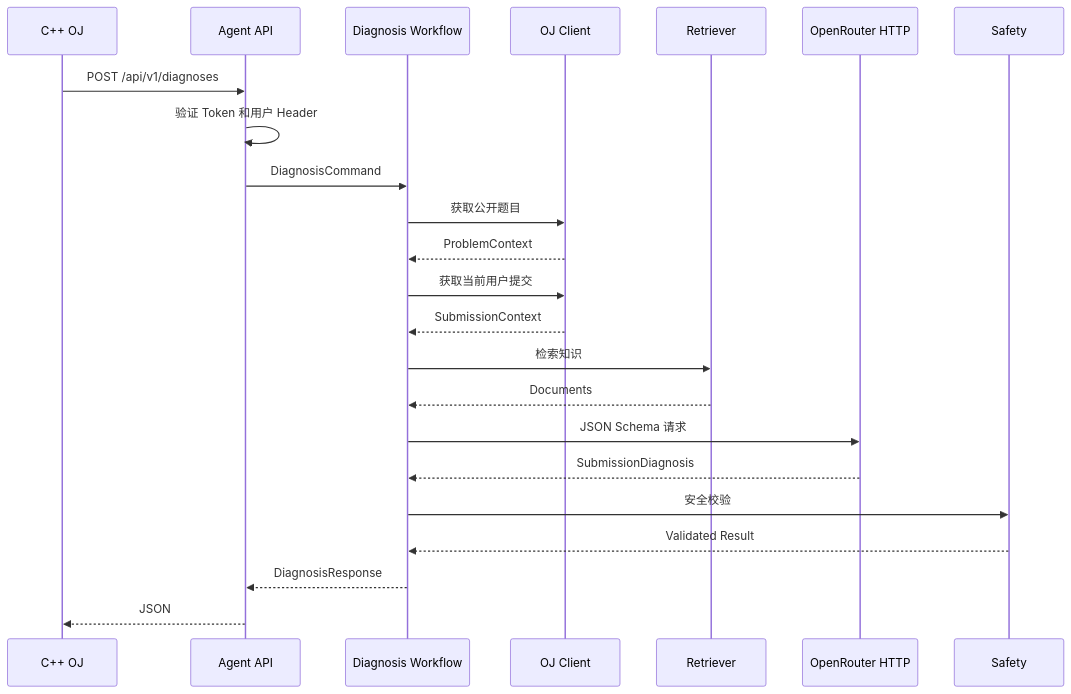
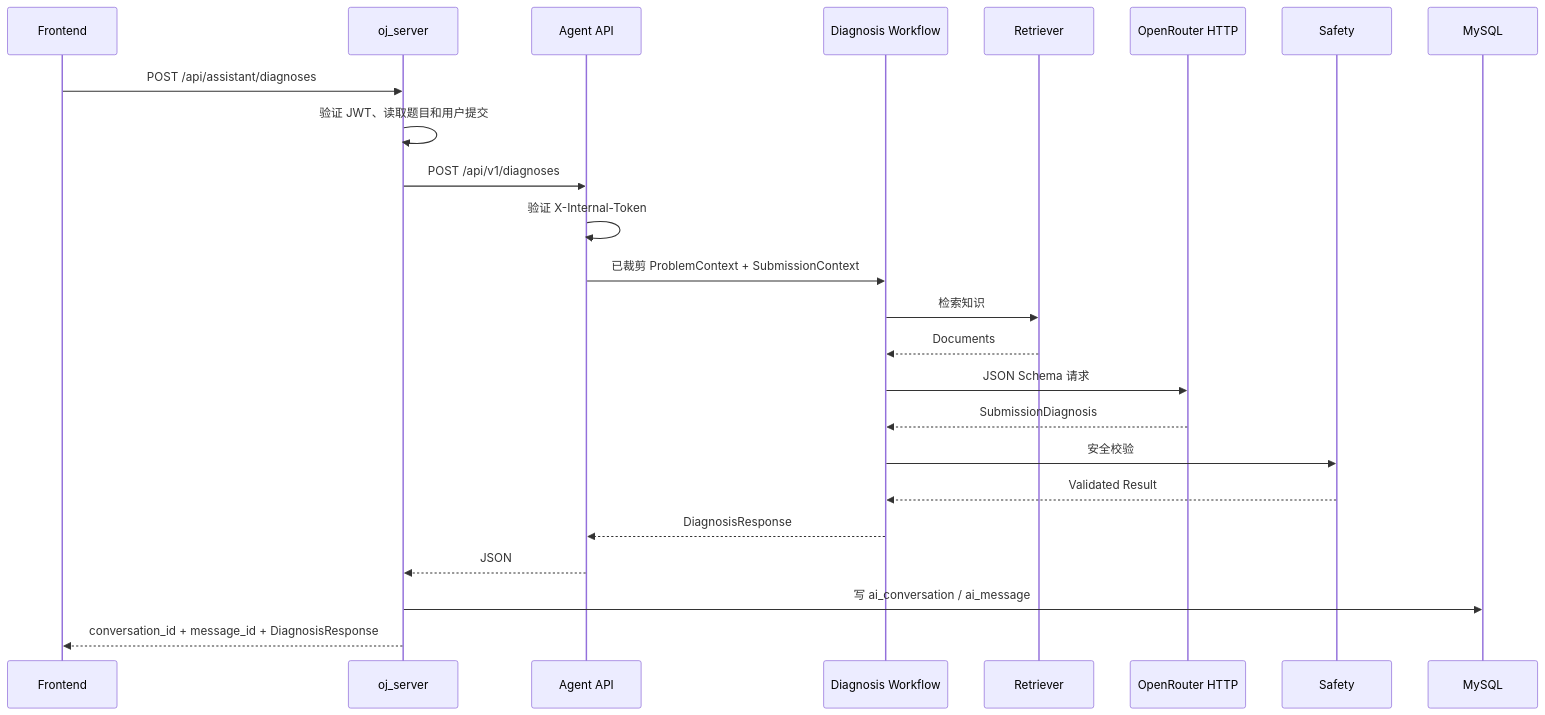
The second of 2 diagrams in oj_platform/agent-service/oj_agent_module_design.md (viggggil/cpp_online_judge_server), drawn with Mermaid before and after one commit. The commit also changed other lines of this file and 27 other files, not shown here.

Commit message:
POST /api/v1/diagnoses update

````diff
--- a/oj_platform/agent-service/oj_agent_module_design.md
+++ b/oj_platform/agent-service/oj_agent_module_design.md
@@ -512,26 +515,27 @@
 ```mermaid
 sequenceDiagram
-    participant OJ as C++ OJ
+    participant FE as Frontend
+    participant OJ as oj_server
     participant API as Agent API
     participant WF as Diagnosis Workflow
-    participant OJC as OJ Client
     participant RAG as Retriever
     participant LLM as OpenRouter HTTP
     participant SAFE as Safety
+    participant DB as MySQL
 
+    FE->>OJ: POST /api/assistant/diagnoses
+    OJ->>OJ: 验证 JWT、读取题目和用户提交
     OJ->>API: POST /api/v1/diagnoses
-    API->>API: 验证 Token 和用户 Header
-    API->>WF: DiagnosisCommand
-    WF->>OJC: 获取公开题目
-    OJC-->>WF: ProblemContext
-    WF->>OJC: 获取当前用户提交
-    OJC-->>WF: SubmissionContext
+    API->>API: 验证 X-Internal-Token
+    API->>WF: 已裁剪 ProblemContext + SubmissionContext
     WF->>RAG: 检索知识
     RAG-->>WF: Documents
     WF->>LLM: JSON Schema 请求
     LLM-->>WF: SubmissionDiagnosis
     WF->>SAFE: 安全校验
     SAFE-->>WF: Validated Result
     WF-->>API: DiagnosisResponse
     API-->>OJ: JSON
+    OJ->>DB: 写 ai_conversation / ai_message
+    OJ-->>FE: conversation_id + message_id + DiagnosisResponse
 ```
````
